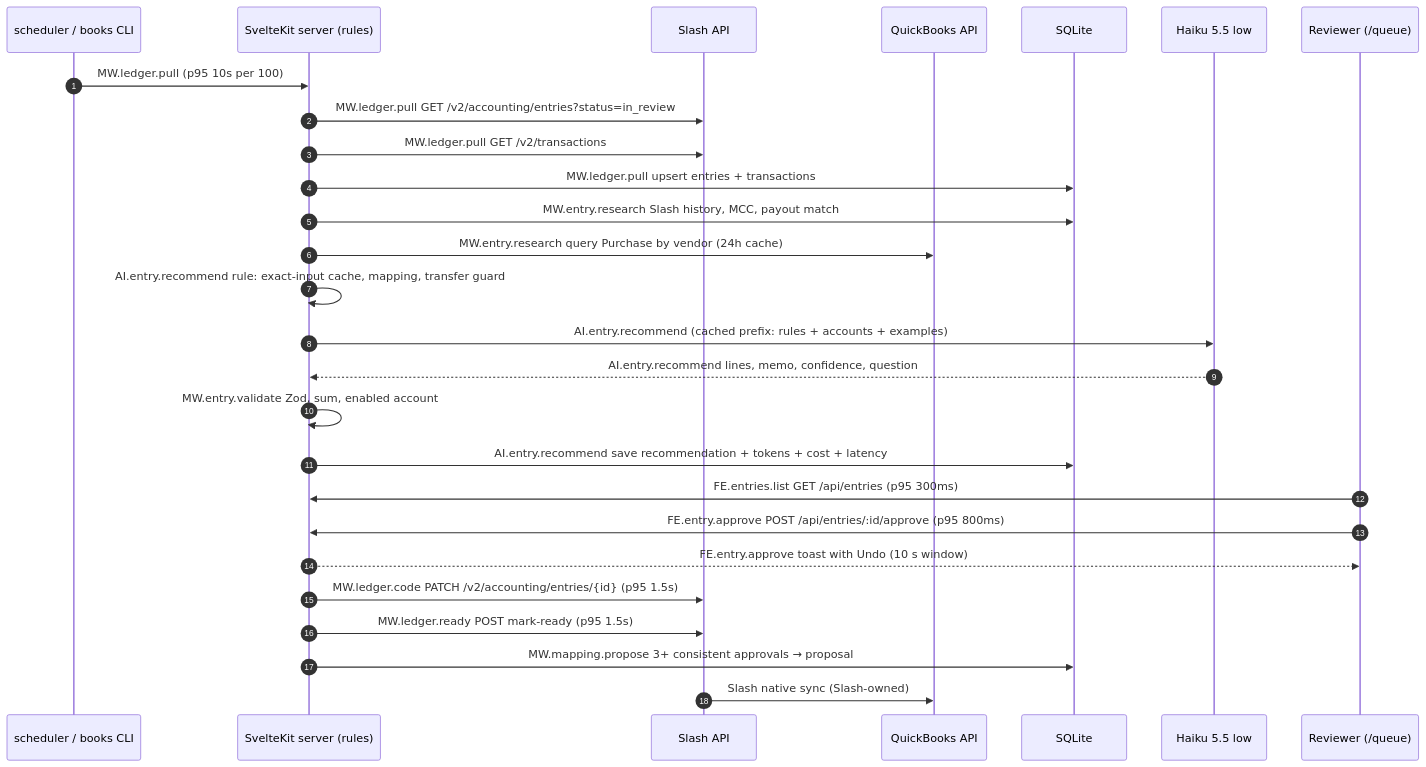
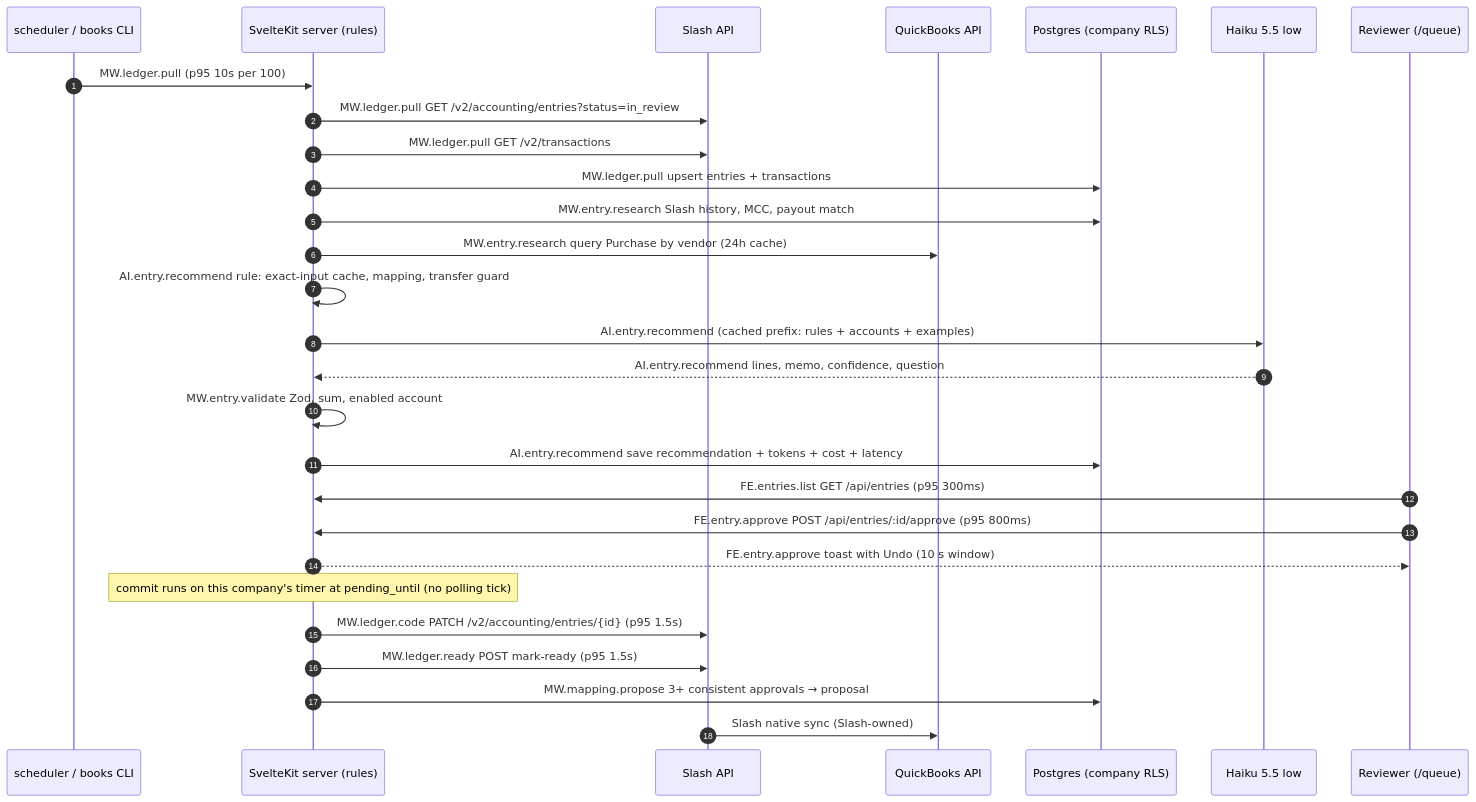
One commit to MAKaminski/svelte-accounting-agent changed the fourth of 16 diagrams in ARCHITECTURE.md. Above: the diagram before and after it, drawn with Mermaid. The commit also changed other lines of this file and 2 other files, not shown here.

````diff
--- a/ARCHITECTURE.md
+++ b/ARCHITECTURE.md
@@ -501,29 +525,30 @@
 ```mermaid
 sequenceDiagram
   autonumber
   participant CRON as scheduler / books CLI
   participant MW as SvelteKit server (rules)
   participant SL as Slash API
   participant QB as QuickBooks API
-  participant DB as SQLite
+  participant DB as Postgres (company RLS)
   participant H as Haiku 5.5 low
   participant U as Reviewer (/queue)
   CRON->>MW: MW.ledger.pull (p95 10s per 100)
   MW->>SL: MW.ledger.pull GET /v2/accounting/entries?status=in_review
   MW->>SL: MW.ledger.pull GET /v2/transactions
   MW->>DB: MW.ledger.pull upsert entries + transactions
   MW->>DB: MW.entry.research Slash history, MCC, payout match
   MW->>QB: MW.entry.research query Purchase by vendor (24h cache)
   MW->>MW: AI.entry.recommend rule: exact-input cache, mapping, transfer guard
   MW->>H: AI.entry.recommend (cached prefix: rules + accounts + examples)
   H-->>MW: AI.entry.recommend lines, memo, confidence, question
   MW->>MW: MW.entry.validate Zod, sum, enabled account
   MW->>DB: AI.entry.recommend save recommendation + tokens + cost + latency
   U->>MW: FE.entries.list GET /api/entries (p95 300ms)
   U->>MW: FE.entry.approve POST /api/entries/:id/approve (p95 800ms)
   MW-->>U: FE.entry.approve toast with Undo (10 s window)
+  Note over MW: commit runs on this company's timer at pending_until (no polling tick)
   MW->>SL: MW.ledger.code PATCH /v2/accounting/entries/{id} (p95 1.5s)
   MW->>SL: MW.ledger.ready POST mark-ready (p95 1.5s)
   MW->>DB: MW.mapping.propose 3+ consistent approvals → proposal
   SL->>QB: Slash native sync (Slash-owned)
 ```
````
